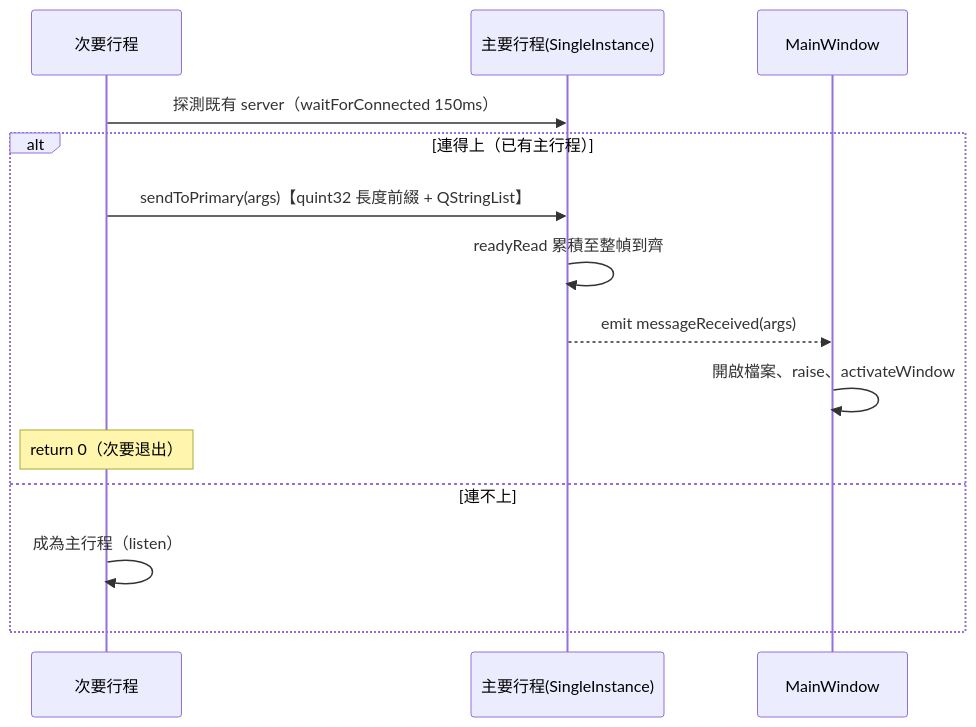
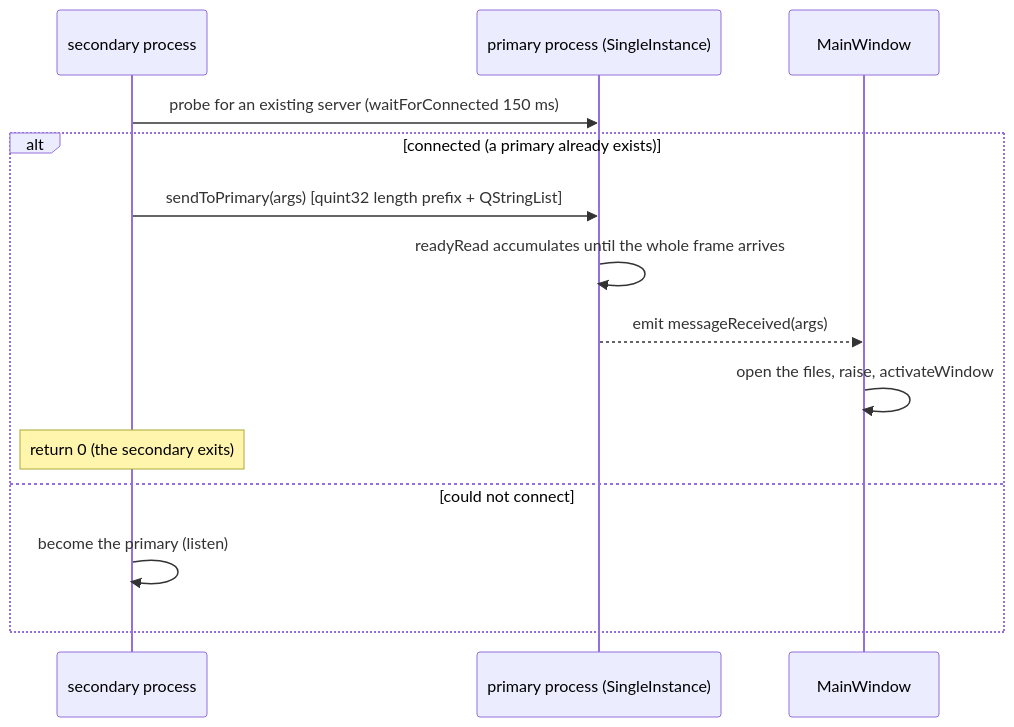
One commit to EddyKuo/macpadpp changed diagram 18 of 23 in docs/design.md. Above: the diagram before and after it, drawn with Mermaid. The commit also changed other lines of this file and 24 other files, not shown here.

````diff
--- a/docs/design.md
+++ b/docs/design.md
@@ -831,17 +859,17 @@
 ```mermaid
 sequenceDiagram
-    participant S as 次要行程
-    participant P as 主要行程(SingleInstance)
+    participant S as secondary process
+    participant P as primary process (SingleInstance)
     participant MW as MainWindow
 
-    S->>P: 探測既有 server（waitForConnected 150ms）
-    alt 連得上（已有主行程）
-        S->>P: sendToPrimary(args)【quint32 長度前綴 + QStringList】
-        P->>P: readyRead 累積至整幀到齊
+    S->>P: probe for an existing server (waitForConnected 150 ms)
+    alt connected (a primary already exists)
+        S->>P: sendToPrimary(args) [quint32 length prefix + QStringList]
+        P->>P: readyRead accumulates until the whole frame arrives
         P-->>MW: emit messageReceived(args)
-        MW->>MW: 開啟檔案、raise、activateWindow
-        Note over S: return 0（次要退出）
-    else 連不上
-        S->>S: 成為主行程（listen）
+        MW->>MW: open the files, raise, activateWindow
+        Note over S: return 0 (the secondary exits)
+    else could not connect
+        S->>S: become the primary (listen)
     end
 ```
````
